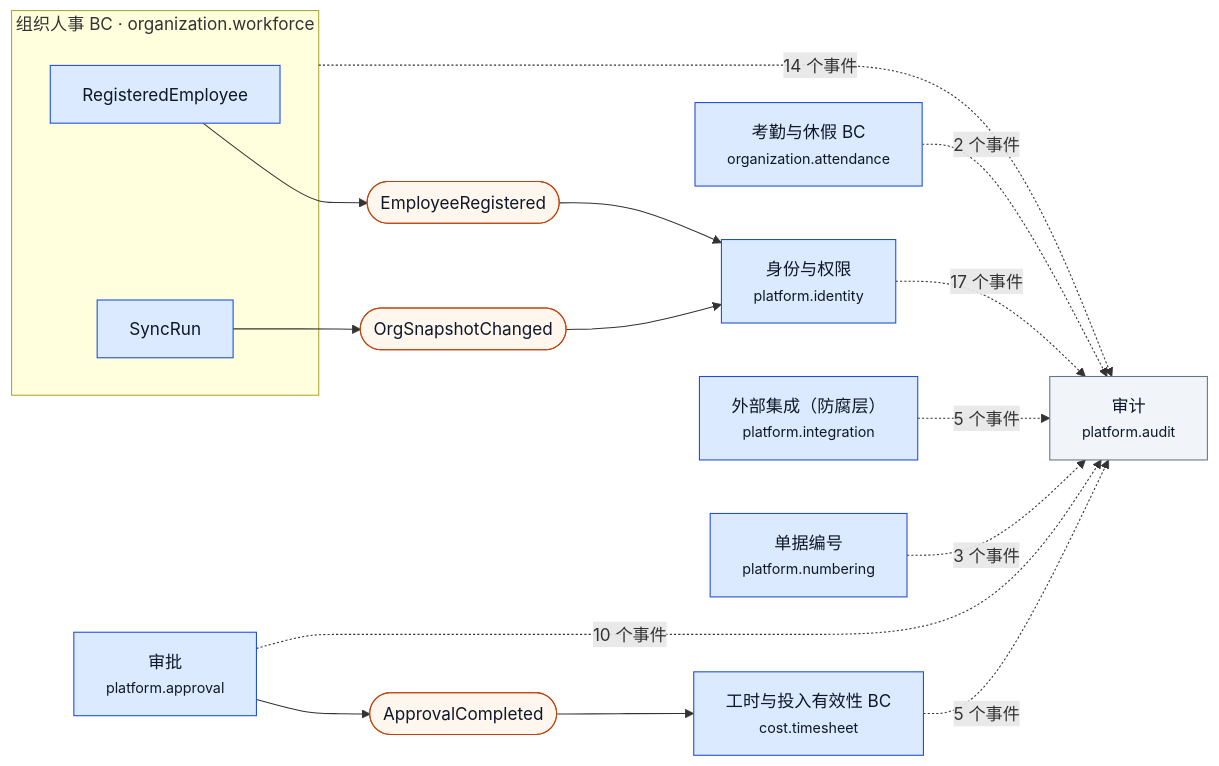
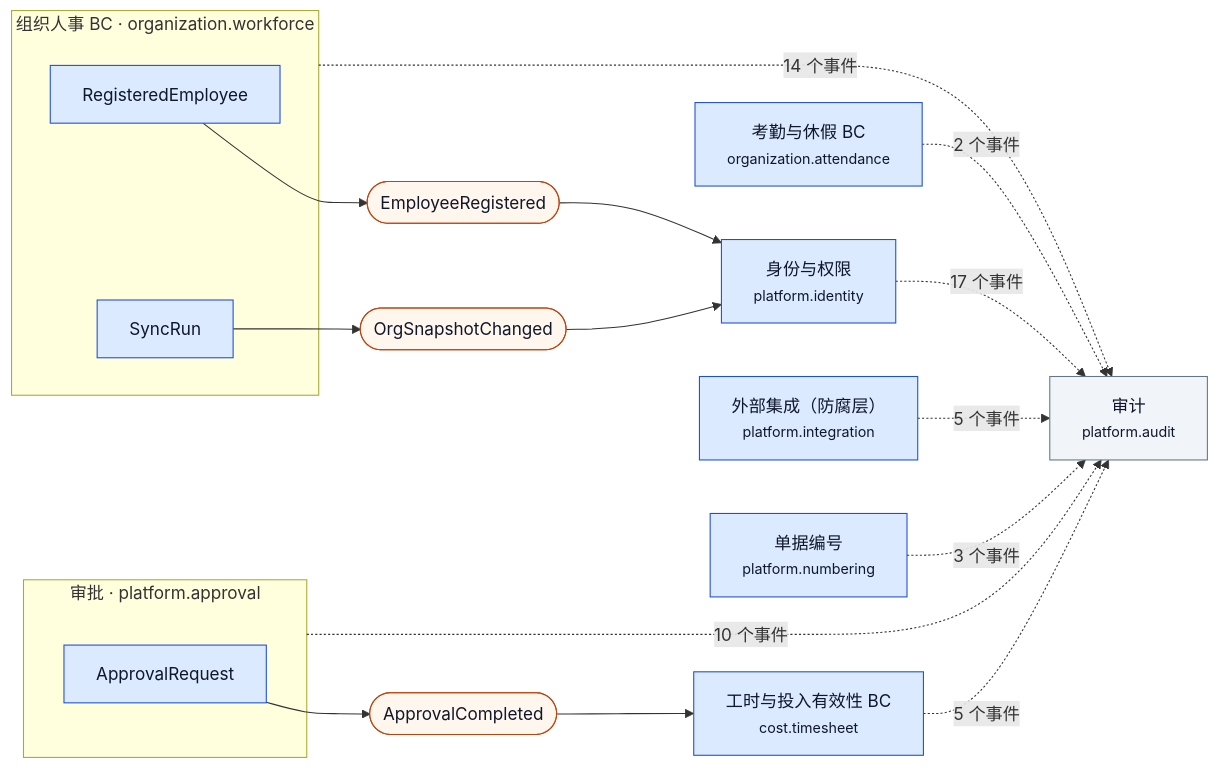
The diagram in docs/modernization/architecture/generated/3-event-chain.mmd (YeliangDu/forcitis-one-psa-codex-lab), drawn with Mermaid before and after one commit. The commit also changed 9 other files, not shown here.

First line of the commit message:
fix(architecture): 聚合扫描认 emit，补回 ApprovalRequest 11 个事件；④图例如实说明状态去处 GOV-1023-ARC-01 #673

```diff
--- a/docs/modernization/architecture/generated/3-event-chain.mmd
+++ b/docs/modernization/architecture/generated/3-event-chain.mmd
@@ -1,26 +1,28 @@
 %% 生成文件，勿手改：python3 architecture/build_architecture.py（源：ssot/i03-aggregates/built.yaml、events/*.yaml）
 flowchart LR
   classDef bc fill:#dbeafe,stroke:#1d4ed8,color:#0f172a
   classDef evt fill:#fff7ed,stroke:#c2410c,color:#0f172a
   classDef audit fill:#f1f5f9,stroke:#64748b,color:#0f172a
   cost_timesheet["工时与投入有效性 BC<br/><small>cost.timesheet</small>"]:::bc
   organization_attendance["考勤与休假 BC<br/><small>organization.attendance</small>"]:::bc
   subgraph organization_workforce["组织人事 BC · organization.workforce"]
     organization_workforce__RegisteredEmployee["RegisteredEmployee"]:::bc
     organization_workforce__SyncRun["SyncRun"]:::bc
   end
-  platform_approval["审批<br/><small>platform.approval</small>"]:::bc
+  subgraph platform_approval["审批 · platform.approval"]
+    platform_approval__ApprovalRequest["ApprovalRequest"]:::bc
+  end
   platform_audit["审计<br/><small>platform.audit</small>"]:::audit
   platform_identity["身份与权限<br/><small>platform.identity</small>"]:::bc
   platform_integration["外部集成（防腐层）<br/><small>platform.integration</small>"]:::bc
   platform_numbering["单据编号<br/><small>platform.numbering</small>"]:::bc
   organization_workforce__RegisteredEmployee --> E_organization_workforce_EmployeeRegistered(["EmployeeRegistered"]):::evt --> platform_identity
   organization_workforce__SyncRun --> E_organization_workforce_OrgSnapshotChanged(["OrgSnapshotChanged"]):::evt --> platform_identity
-  platform_approval --> E_platform_approval_ApprovalCompleted(["ApprovalCompleted"]):::evt --> cost_timesheet
+  platform_approval__ApprovalRequest --> E_platform_approval_ApprovalCompleted(["ApprovalCompleted"]):::evt --> cost_timesheet
   cost_timesheet -.->|5 个事件| platform_audit
   organization_attendance -.->|2 个事件| platform_audit
   organization_workforce -.->|14 个事件| platform_audit
   platform_approval -.->|10 个事件| platform_audit
   platform_identity -.->|17 个事件| platform_audit
   platform_integration -.->|5 个事件| platform_audit
   platform_numbering -.->|3 个事件| platform_audit
```
